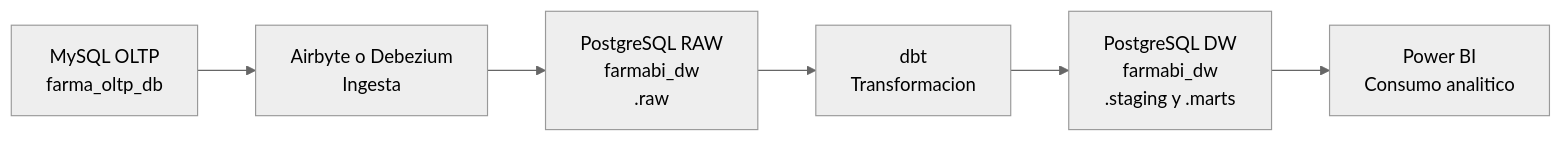
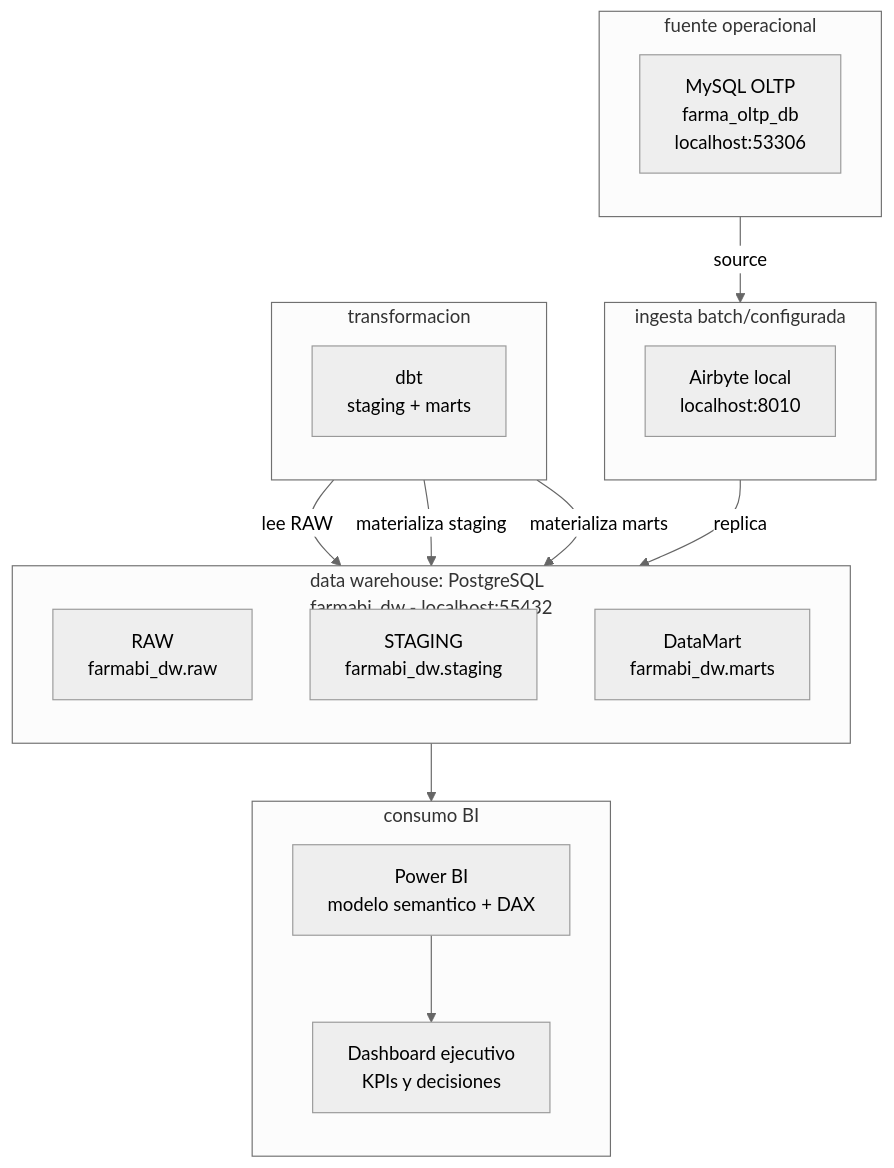
Before and after one commit to 261bi/farmabi: the second of 2 diagrams in docs/index.md, drawn with Mermaid (neutral theme). The commit also changed other lines of this file and 42 other files, not shown here.

````diff
--- a/docs/index.md
+++ b/docs/index.md
@@ -11,8 +140,38 @@
 ```mermaid
-flowchart LR
-    A[MySQL OLTP<br/>farma_oltp_db] --> B[Airbyte o Debezium<br/>Ingesta]
-    B --> C[PostgreSQL RAW<br/>farmabi_dw<br/>.raw]
-    C --> D[dbt<br/>Transformacion]
-    D --> E[PostgreSQL DW<br/>farmabi_dw<br/>.staging y .marts]
-    E --> F[Power BI<br/>Consumo analitico]
+flowchart TB
+    subgraph SourceAirbyte["fuente operacional"]
+        direction TB
+        MySQLAirbyte["MySQL OLTP<br/>farma_oltp_db<br/>localhost:53306"]
+    end
+
+    subgraph IngestionAirbyte["ingesta batch/configurada"]
+        direction TB
+        Airbyte["Airbyte local<br/>localhost:8010"]
+    end
+
+    subgraph WarehouseAirbyte["data warehouse: PostgreSQL<br/>farmabi_dw - localhost:55432"]
+        direction TB
+        RawAirbyte["RAW<br/>farmabi_dw.raw"]
+        StagingAirbyte["STAGING<br/>farmabi_dw.staging"]
+        MartsAirbyte["DataMart<br/>farmabi_dw.marts"]
+    end
+
+    subgraph TransformAirbyte["transformacion"]
+        direction TB
+        DbtAirbyte["dbt<br/>staging + marts"]
+    end
+
+    subgraph BIAirbyte["consumo BI"]
+        direction TB
+        PowerBIAirbyte["Power BI<br/>modelo semantico + DAX"]
+        DashboardAirbyte["Dashboard ejecutivo<br/>KPIs y decisiones"]
+        PowerBIAirbyte --> DashboardAirbyte
+    end
+
+    MySQLAirbyte -->|"source"| Airbyte
+    Airbyte -->|"replica"| RawAirbyte
+    DbtAirbyte -->|"lee RAW"| RawAirbyte
+    DbtAirbyte -->|"materializa staging"| StagingAirbyte
+    DbtAirbyte -->|"materializa marts"| MartsAirbyte
+    MartsAirbyte --> PowerBIAirbyte
 ```
````
